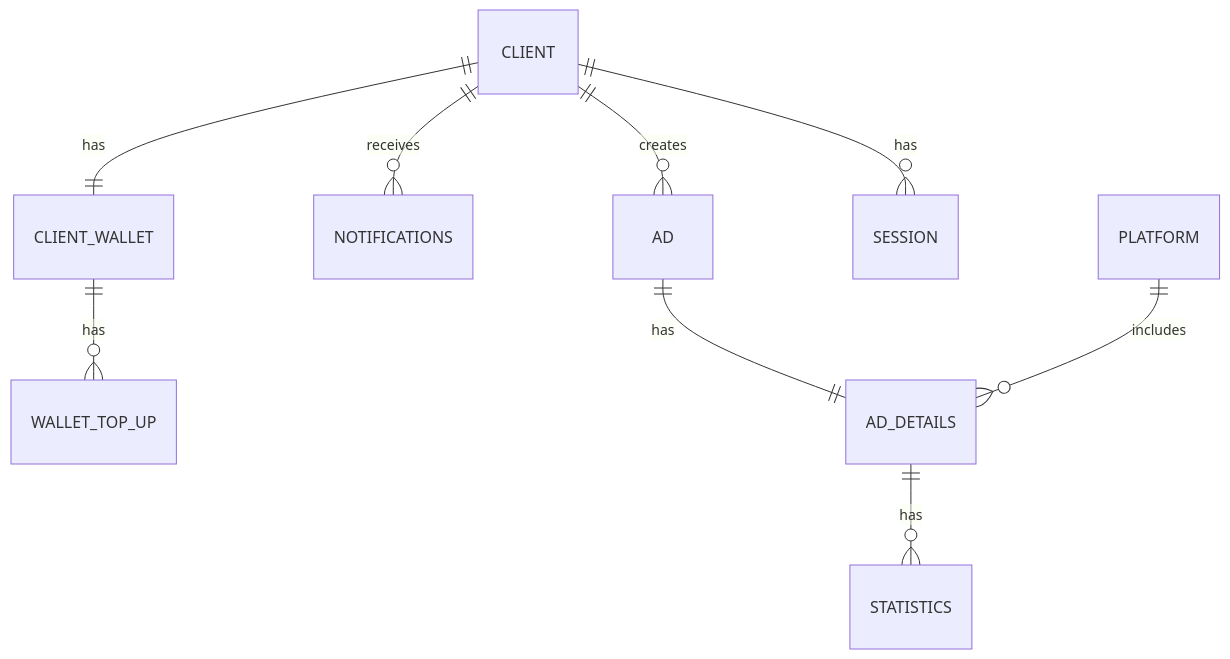
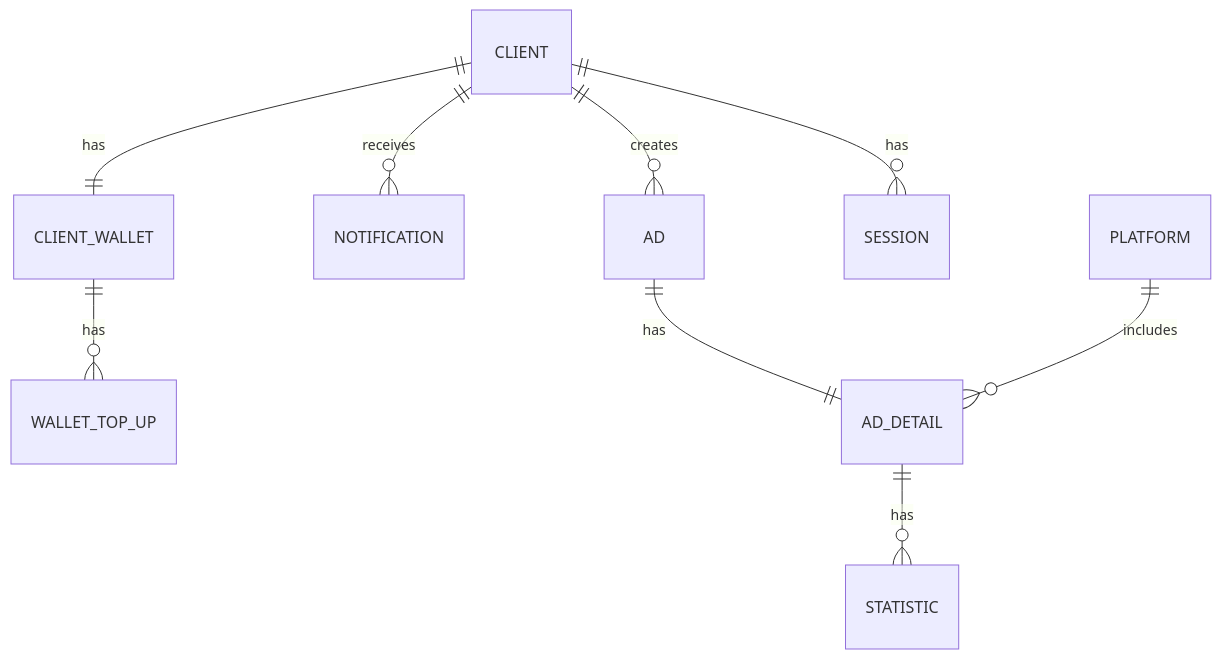
The first of 2 diagrams in db/normalized/RELATIONS.md (go-park-mail-ru/2025_2_404), drawn with Mermaid before and after one commit. The commit also changed other lines of this file and 1 other file, not shown here.

````diff
--- a/db/normalized/RELATIONS.md
+++ b/db/normalized/RELATIONS.md
@@ -93,13 +93,13 @@
 ```mermaid
 erDiagram
     CLIENT ||--|| CLIENT_WALLET : has
-    CLIENT ||--o{ NOTIFICATIONS : receives
+    CLIENT ||--o{ NOTIFICATION : receives
     CLIENT ||--o{ AD : creates
     CLIENT ||--o{ SESSION : has
     
     CLIENT_WALLET ||--o{ WALLET_TOP_UP : has
     
-    AD ||--|| AD_DETAILS : has
-    PLATFORM ||--o{ AD_DETAILS : includes
-    AD_DETAILS ||--o{ STATISTICS : has
+    AD ||--|| AD_DETAIL : has
+    PLATFORM ||--o{ AD_DETAIL : includes
+    AD_DETAIL ||--o{ STATISTIC : has
 ```
````
